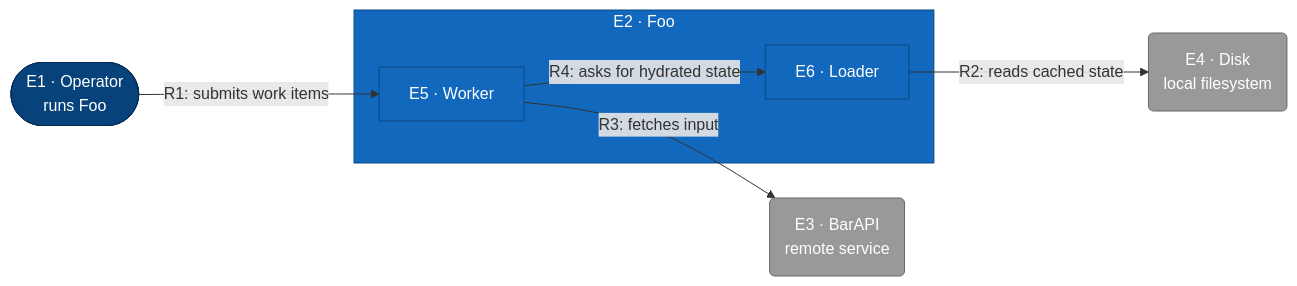
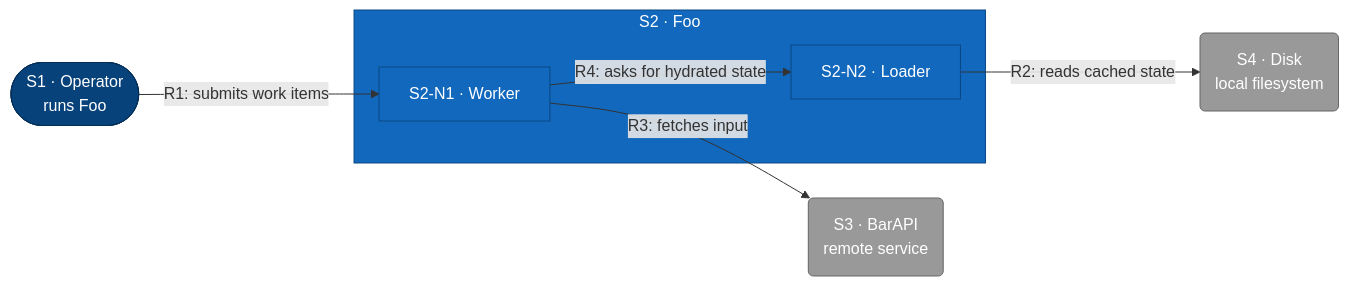
The diagram in dev/testdata/c4/valid_l2.md (toejough/engram), drawn with Mermaid before and after one commit. The commit also changed other lines of this file and 14 other files, not shown here.

````diff
--- a/dev/testdata/c4/valid_l2.md
+++ b/dev/testdata/c4/valid_l2.md
@@ -13,32 +13,32 @@
 ```mermaid
 flowchart LR
     classDef person      fill:#08427b,stroke:#052e56,color:#fff
     classDef external    fill:#999,   stroke:#666,   color:#fff
     classDef container   fill:#1168bd,stroke:#0b4884,color:#fff
 
-    e1([E1 · Operator<br/>runs Foo])
-    e3(E3 · BarAPI<br/>remote service)
-    e4(E4 · Disk<br/>local filesystem)
+    s1([S1 · Operator<br/>runs Foo])
+    s3(S3 · BarAPI<br/>remote service)
+    s4(S4 · Disk<br/>local filesystem)
 
-    subgraph e2 [E2 · Foo]
-        e5[E5 · Worker]
-        e6[E6 · Loader]
+    subgraph s2 [S2 · Foo]
+        s2-n1[S2-N1 · Worker]
+        s2-n2[S2-N2 · Loader]
     end
 
-    e1 -->|"R1: submits work items"| e5
-    e6 -->|"R2: reads cached state"| e4
-    e5 -->|"R3: fetches input"| e3
-    e5 -->|"R4: asks for hydrated state"| e6
+    s1 -->|"R1: submits work items"| s2-n1
+    s2-n2 -->|"R2: reads cached state"| s4
+    s2-n1 -->|"R3: fetches input"| s3
+    s2-n1 -->|"R4: asks for hydrated state"| s2-n2
 
-    class e1 person
-    class e3,e4 external
-    class e5,e6 container
-    class e2 container
+    class s1 person
+    class s3,s4 external
+    class s2-n1,s2-n2 container
+    class s2 container
 
-    click e1 href "#e1-operator" "Operator"
-    click e2 href "#e2-foo" "Foo"
-    click e3 href "#e3-barapi" "BarAPI"
-    click e4 href "#e4-disk" "Disk"
-    click e5 href "#e5-worker" "Worker"
-    click e6 href "#e6-loader" "Loader"
+    click s1 href "#s1-operator" "Operator"
+    click s2 href "#s2-foo" "Foo"
+    click s3 href "#s3-barapi" "BarAPI"
+    click s4 href "#s4-disk" "Disk"
+    click s2-n1 href "#s2-n1-worker" "Worker"
+    click s2-n2 href "#s2-n2-loader" "Loader"
 ```
````
